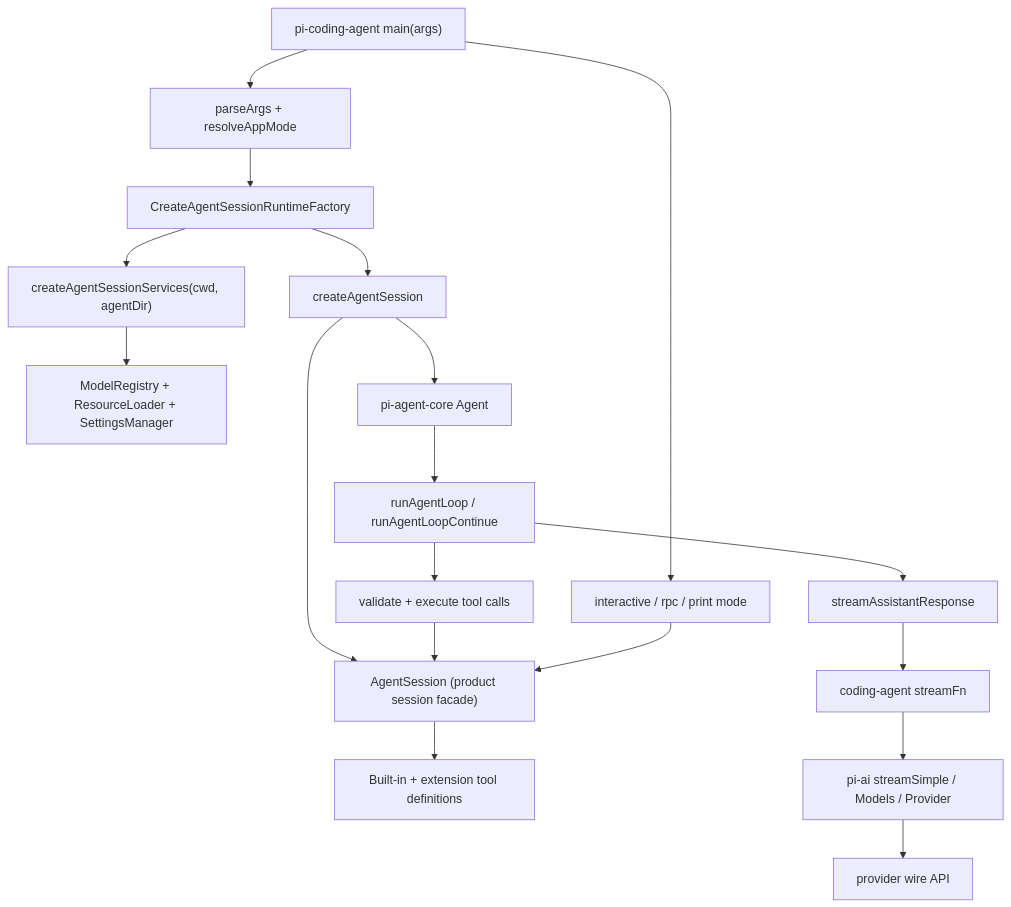
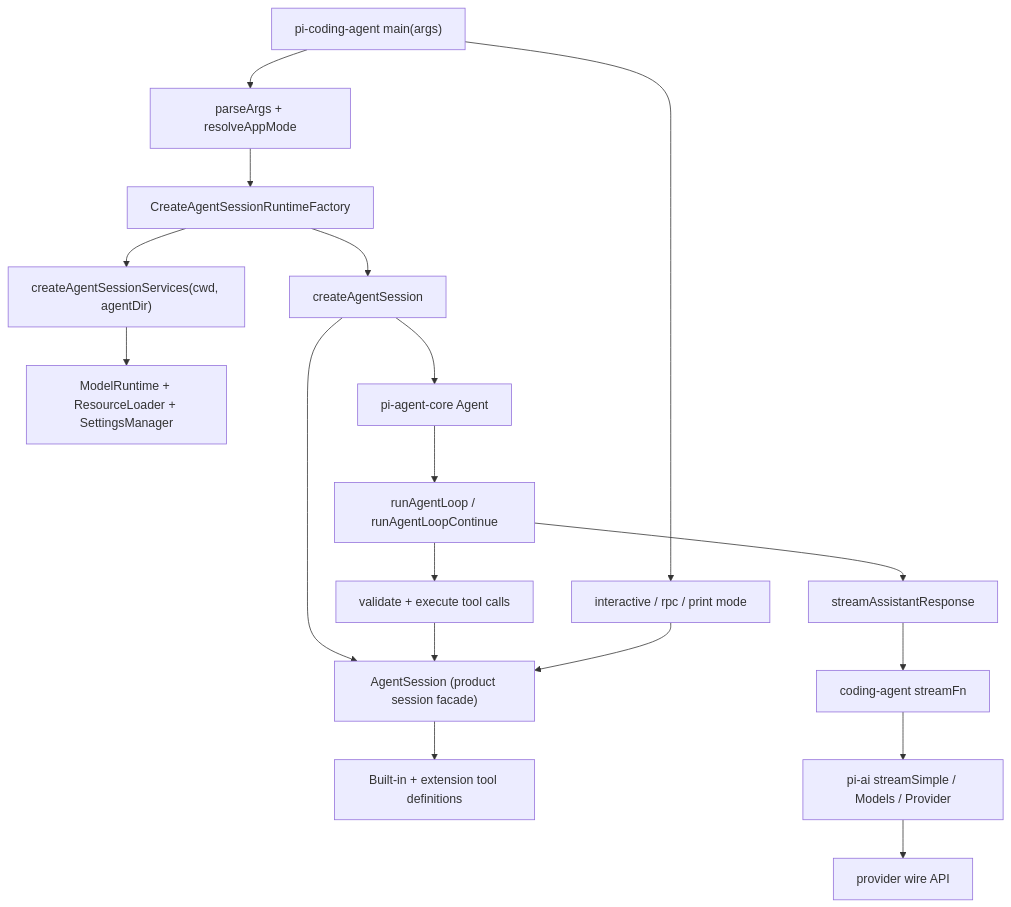
The diagram in docs/llm-wiki/pi/spine/overview.md (wdnmdtonyma/SOTA-Agent-LLM-Wiki), drawn with Mermaid before and after one commit. The commit also changed other lines of this file and 218 other files, not shown here.

````diff
--- a/docs/llm-wiki/pi/spine/overview.md
+++ b/docs/llm-wiki/pi/spine/overview.md
@@ -54,20 +56,20 @@
 ```mermaid
 flowchart TD
   CLI["pi-coding-agent main(args)"] --> Parse["parseArgs + resolveAppMode"]
   Parse --> RuntimeFactory["CreateAgentSessionRuntimeFactory"]
   RuntimeFactory --> Services["createAgentSessionServices(cwd, agentDir)"]
-  Services --> Registry["ModelRegistry + ResourceLoader + SettingsManager"]
+  Services --> Registry["ModelRuntime + ResourceLoader + SettingsManager"]
   RuntimeFactory --> SDK["createAgentSession"]
   SDK --> Session["AgentSession (product session facade)"]
   SDK --> CoreAgent["pi-agent-core Agent"]
   Session --> ToolDefs["Built-in + extension tool definitions"]
   CoreAgent --> Loop["runAgentLoop / runAgentLoopContinue"]
   Loop --> LLM["streamAssistantResponse"]
   LLM --> StreamFn["coding-agent streamFn"]
   StreamFn --> PiAI["pi-ai streamSimple / Models / Provider"]
   PiAI --> Wire["provider wire API"]
   Loop --> ToolExec["validate + execute tool calls"]
   ToolExec --> Session
   CLI --> Modes["interactive / rpc / print mode"]
   Modes --> Session
 ```
````
